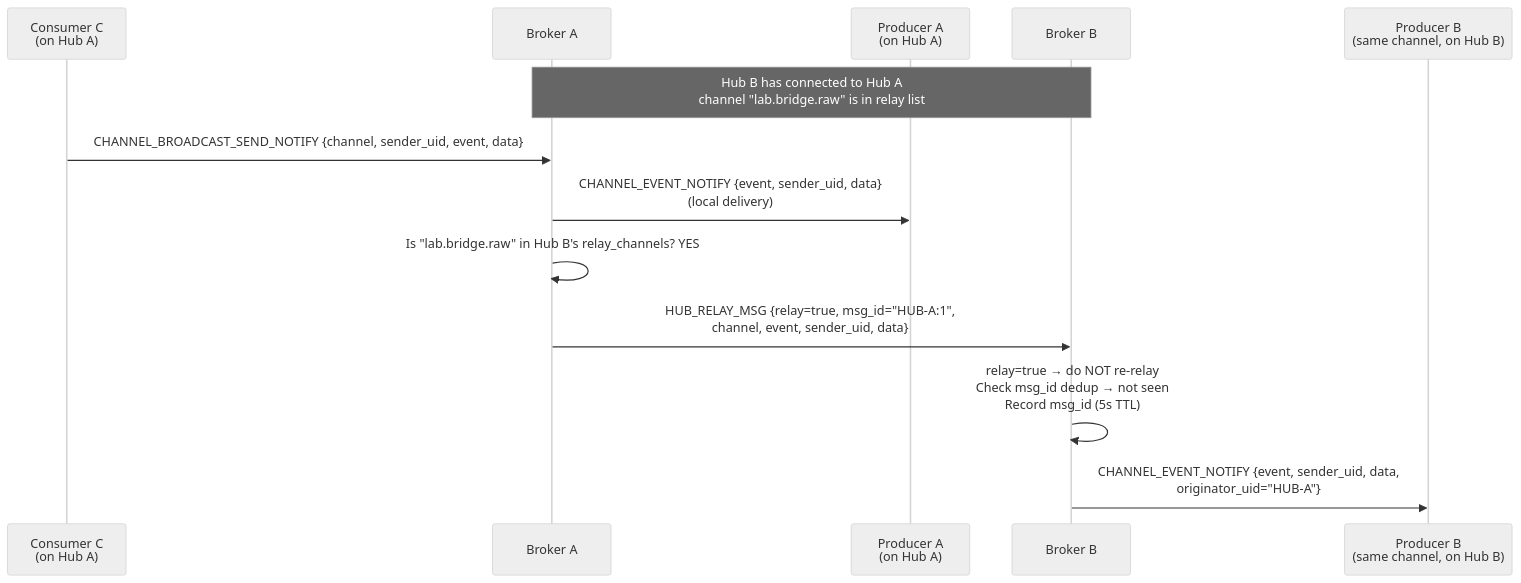
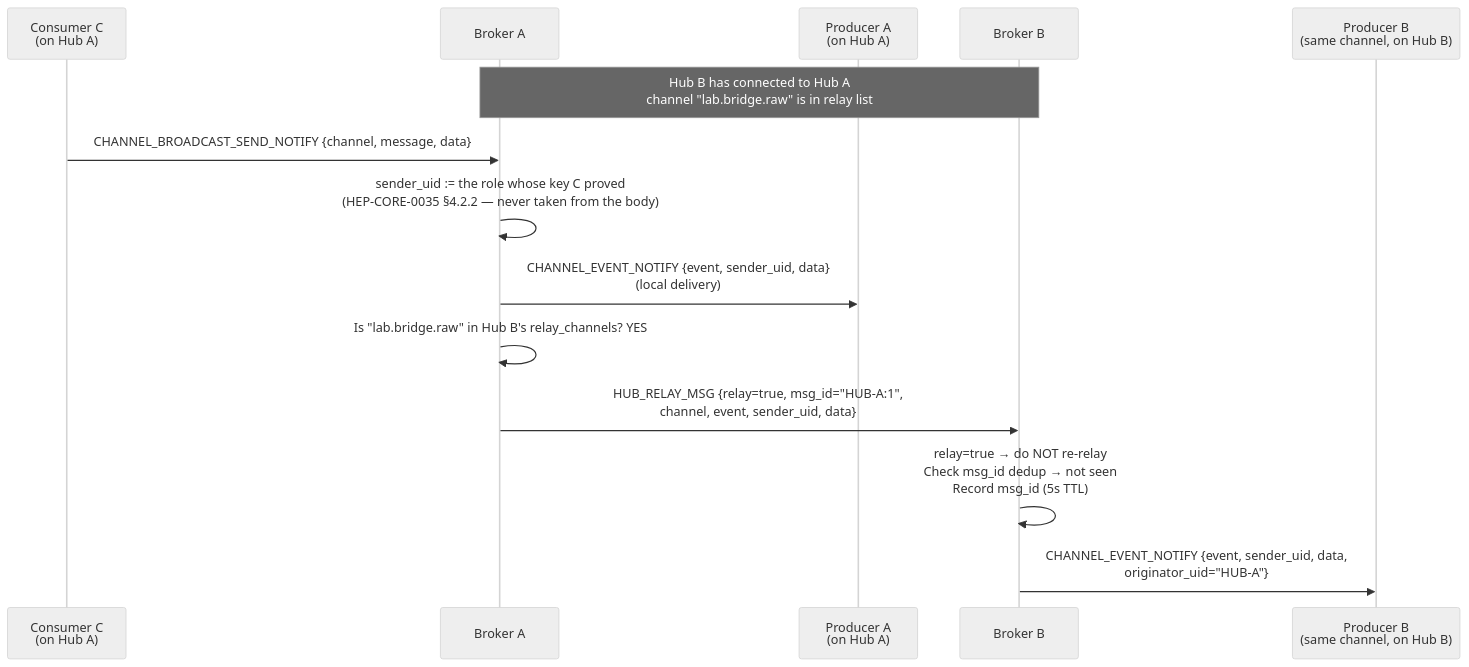
Before and after one commit to Qing-LAB/pylabhub: the fifth of 8 diagrams in docs/HEP/HEP-CORE-0022-Hub-Federation-Broadcast.md, drawn with Mermaid (neutral theme). The commit also changed other lines of this file and 9 other files, not shown here.

````diff
--- a/docs/HEP/HEP-CORE-0022-Hub-Federation-Broadcast.md
+++ b/docs/HEP/HEP-CORE-0022-Hub-Federation-Broadcast.md
@@ -316,17 +322,18 @@
 ```mermaid
 sequenceDiagram
     participant C as Consumer C<br/>(on Hub A)
     participant HA as Broker A
     participant PA as Producer A<br/>(on Hub A)
     participant HB as Broker B
     participant PB as Producer B<br/>(same channel, on Hub B)
 
     Note over HA,HB: Hub B has connected to Hub A<br/>channel "lab.bridge.raw" is in relay list
 
-    C->>HA: CHANNEL_BROADCAST_SEND_NOTIFY {channel, sender_uid, event, data}
+    C->>HA: CHANNEL_BROADCAST_SEND_NOTIFY {channel, message, data}
+    HA->>HA: sender_uid := the role whose key C proved<br/>(HEP-CORE-0035 §4.2.2 — never taken from the body)
     HA->>PA: CHANNEL_EVENT_NOTIFY {event, sender_uid, data}<br/>(local delivery)
     HA->>HA: Is "lab.bridge.raw" in Hub B's relay_channels?  YES
     HA->>HB: HUB_RELAY_MSG {relay=true, msg_id="HUB-A:1",<br/>channel, event, sender_uid, data}
     HB->>HB: relay=true → do NOT re-relay<br/>Check msg_id dedup → not seen<br/>Record msg_id (5s TTL)
     HB->>PB: CHANNEL_EVENT_NOTIFY {event, sender_uid, data,<br/>originator_uid="HUB-A"}
 ```
````
